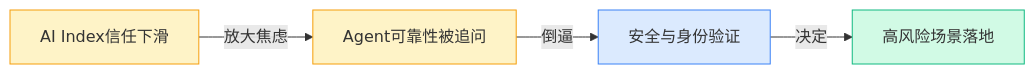
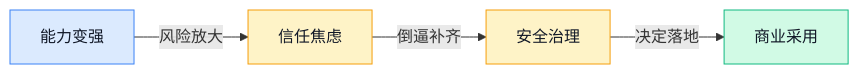
The third of 8 diagrams in content/cn/blog/weekly/2026-W16.md (ylzsdafei/ai-daily-site), drawn with Mermaid before and after one commit. The commit also changed other lines of this file and 1 other file, not shown here.

````diff
--- a/content/cn/blog/weekly/2026-W16.md
+++ b/content/cn/blog/weekly/2026-W16.md
@@ -78,10 +85,12 @@
 ```mermaid
 graph LR
-A[AI Index信任下滑]-->|放大焦虑|B[Agent可靠性被追问]-->|倒逼|C[安全与身份验证]-->|决定|D[高风险场景落地]
-classDef blue fill:#dbeafe,stroke:#3b82f6
-classDef yellow fill:#fef3c7,stroke:#f59e0b
-classDef green fill:#d1fae5,stroke:#10b981
-class A,B yellow
-class C blue
+A[能力变强] -->|风险放大| B[信任焦虑]
+B -->|倒逼补齐| C[安全治理]
+C -->|决定落地| D[商业采用]
+classDef blue fill:#dbeafe,stroke:#3b82f6,color:#111827
+classDef yellow fill:#fef3c7,stroke:#f59e0b,color:#111827
+classDef green fill:#d1fae5,stroke:#10b981,color:#111827
+class A blue
+class B,C yellow
 class D green
 ```
````
